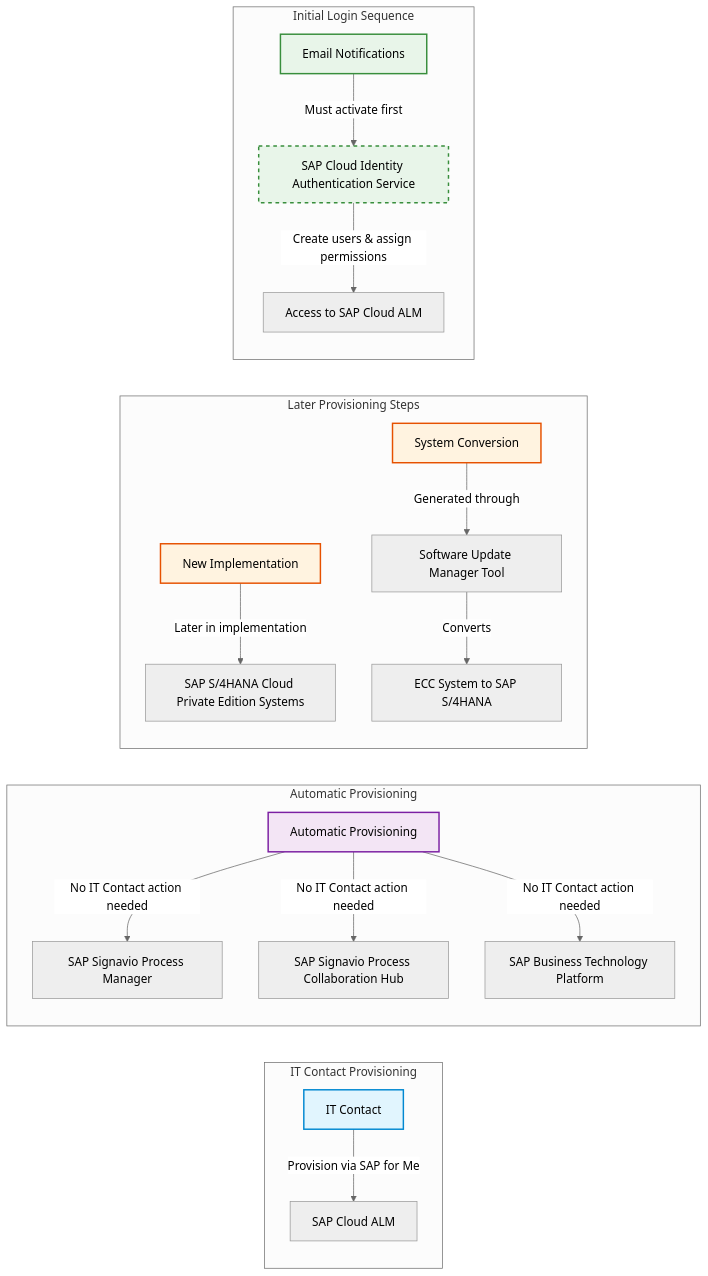
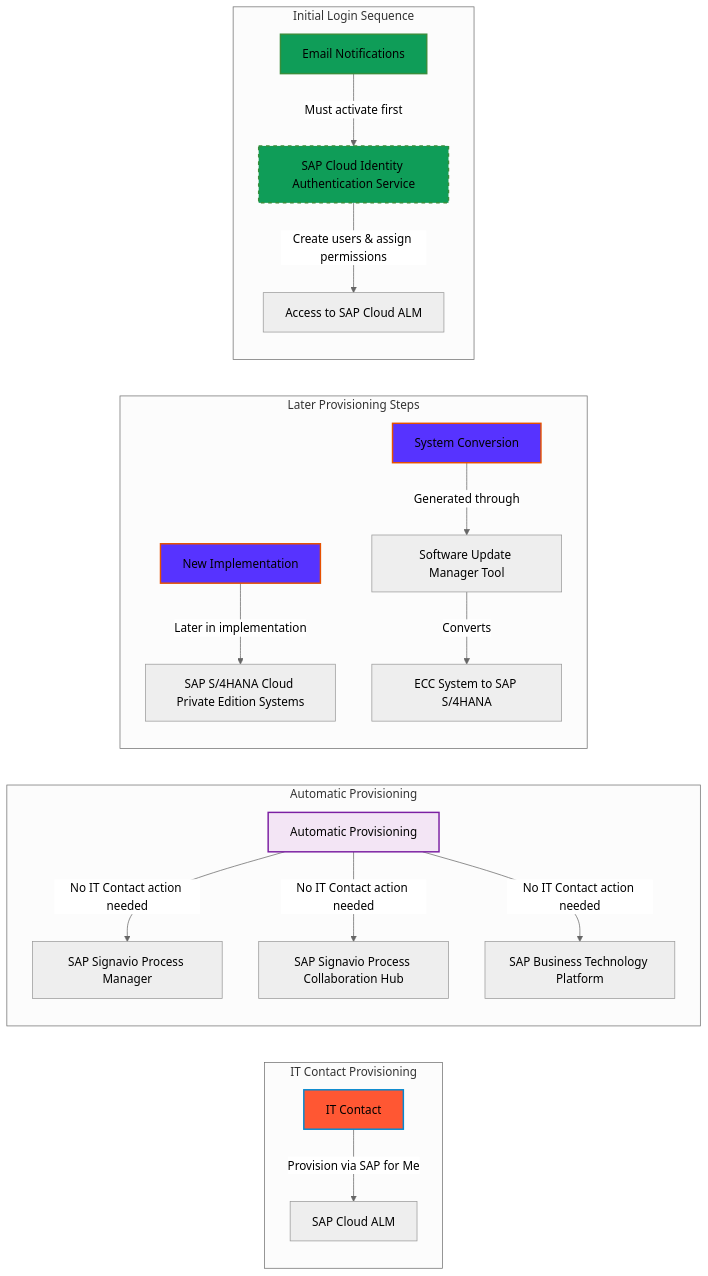
One commit to sapflashcards/S4CPE changed the diagram in provisioning-workflow.md. Above: the diagram before and after it, drawn with Mermaid (neutral theme).

````diff
--- a/provisioning-workflow.md
+++ b/provisioning-workflow.md
@@ -1,30 +1,30 @@
 ```mermaid
 flowchart LR
     subgraph "IT Contact Provisioning"
         A[IT Contact] -->|Provision via SAP for Me| B[SAP Cloud ALM]
     end
     
     subgraph "Automatic Provisioning"
         C[Automatic Provisioning] -->|No IT Contact action needed| D[SAP Signavio Process Manager]
         C -->|No IT Contact action needed| E[SAP Signavio Process Collaboration Hub]
         C -->|No IT Contact action needed| F[SAP Business Technology Platform]
     end
     
     subgraph "Later Provisioning Steps"
         G[New Implementation] -->|Later in implementation| H[SAP S/4HANA Cloud Private Edition Systems]
         I[System Conversion] -->|Generated through| J[Software Update Manager Tool]
         J -->|Converts| K[ECC System to SAP S/4HANA]
     end
     
     subgraph "Initial Login Sequence"
         L[Email Notifications] -->|Must activate first| M[SAP Cloud Identity Authentication Service]
         M -->|Create users & assign permissions| N[Access to SAP Cloud ALM]
     end
     
-    style A fill:#e1f5fe,stroke:#0288d1,stroke-width:2px
+    style A fill:#FF5733,stroke:#0288d1,stroke-width:2px
     style C fill:#f3e5f5,stroke:#7b1fa2,stroke-width:2px
-    style G fill:#fff3e0,stroke:#e65100,stroke-width:2px
-    style I fill:#fff3e0,stroke:#e65100,stroke-width:2px
-    style L fill:#e8f5e9,stroke:#388e3c,stroke-width:2px
-    style M fill:#e8f5e9,stroke:#388e3c,stroke-width:2px,stroke-dasharray: 5 5
+    style G fill:#5733FF,stroke:#e65100,stroke-width:2px
+    style I fill:#5733FF,stroke:#e65100,stroke-width:2px
+    style L fill:#0F9D58,stroke:#388e3c,stroke-width:2px
+    style M fill:#0F9D58,stroke:#388e3c,stroke-width:2px,stroke-dasharray: 5 5
 ```
````
